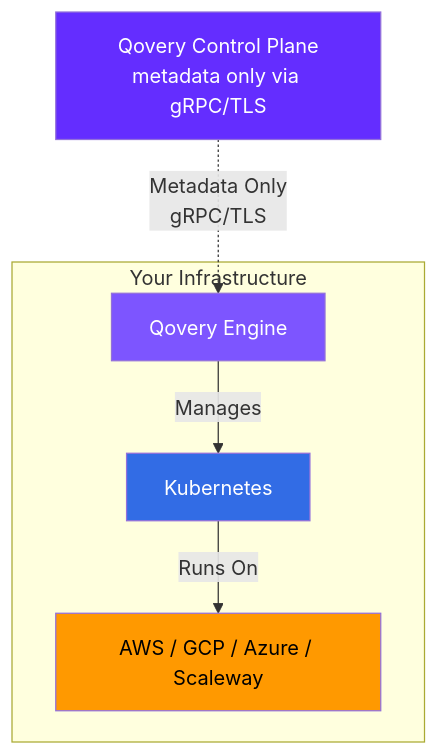
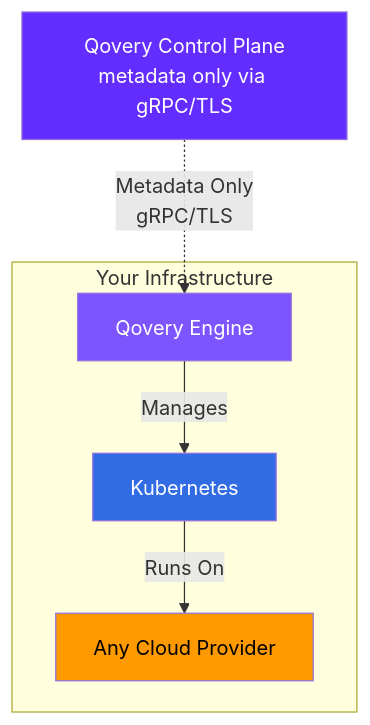
One commit to Qovery/documentation-v2 changed the second of 2 diagrams in docs/getting-started/security-and-compliance/overview.mdx. Above: the diagram before and after it, drawn with Mermaid. The commit also changed 1 other file, not shown here.

````diff
--- a/docs/getting-started/security-and-compliance/overview.mdx
+++ b/docs/getting-started/security-and-compliance/overview.mdx
@@ -71,20 +71,20 @@
     ```mermaid
     graph TB
         Control[Qovery Control Plane<br/>metadata only via gRPC/TLS]
 
         subgraph Your Infrastructure
             Engine[Qovery Engine]
             K8s[Kubernetes]
-            AWS[AWS / GCP / Azure / Scaleway]
+            AWS[Any Cloud Provider]
 
             Engine -->|Manages| K8s
             K8s -->|Runs On| AWS
         end
 
         Control -.->|Metadata Only<br/>gRPC/TLS| Engine
 
         style Control fill:#642DFF,color:#fff
         style Engine fill:#7D55FF,color:#fff
         style K8s fill:#326CE5,color:#fff
         style AWS fill:#FF9900,color:#000
     ```
````
